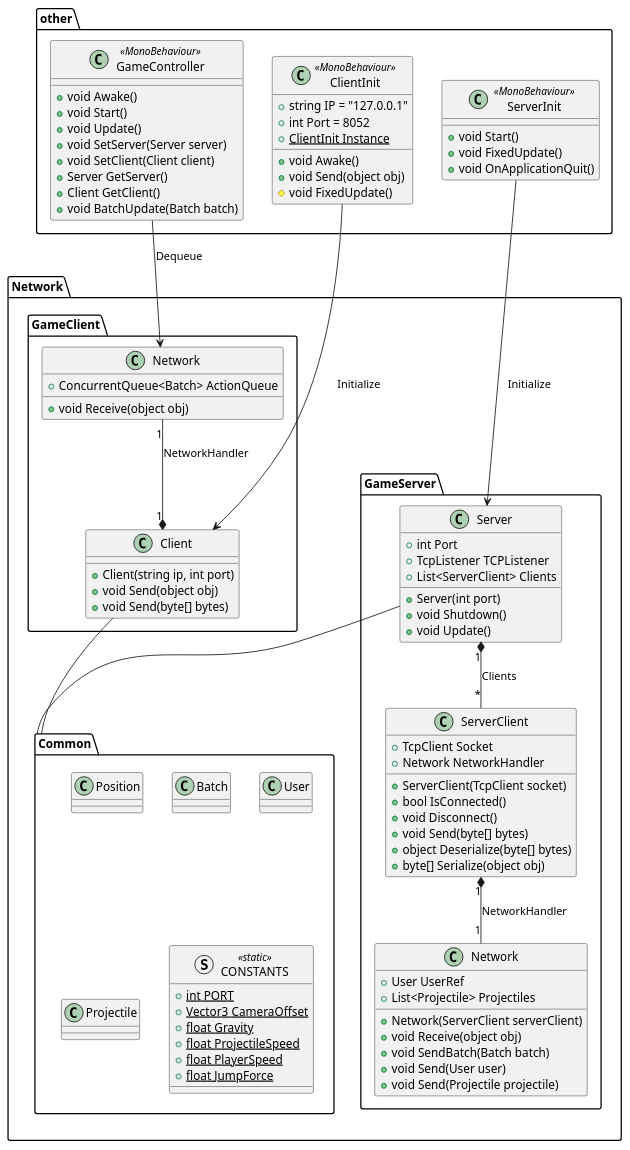
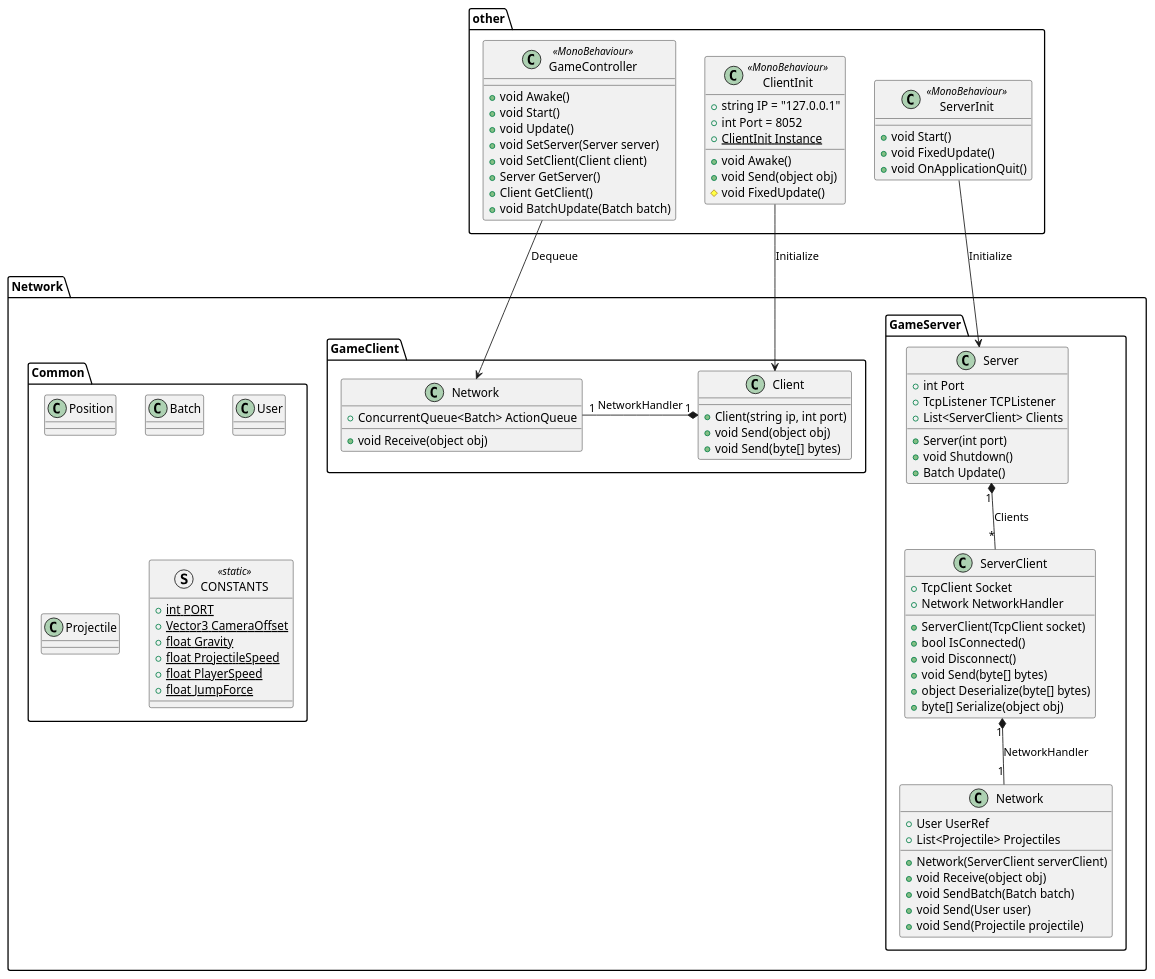
One commit to mjesper90/Network changed the diagram in Assets/Docs/Network.puml. Above: the diagram before and after it, drawn with PlantUML. The commit also changed 1 other file, not shown here.

```diff
--- a/Assets/Docs/Network.puml
+++ b/Assets/Docs/Network.puml
@@ -1,100 +1,99 @@
 @startuml
 
 set separator ::
 
 namespace Network{
     namespace GameClient{
         class Client {
             + Client(string ip, int port)
             + void Send(object obj)
             + void Send(byte[] bytes)
         }
         class Network {
             + ConcurrentQueue<Batch> ActionQueue
             + void Receive(object obj)
         }
     }
     namespace GameServer{
         class Server{
             + int Port
             + TcpListener TCPListener
             + List<ServerClient> Clients
             + Server(int port)
             + void Shutdown()
-            + void Update()
+            + Batch Update()
         }
         class ServerClient{
             + TcpClient Socket
             + Network NetworkHandler
             + ServerClient(TcpClient socket)
             + bool IsConnected()
             + void Disconnect()
             + void Send(byte[] bytes)
             + object Deserialize(byte[] bytes)
             + byte[] Serialize(object obj)
         }
         class Network{
             + User UserRef
             + List<Projectile> Projectiles
             + Network(ServerClient serverClient)
             + void Receive(object obj)
             + void SendBatch(Batch batch)
             + void Send(User user)
             + void Send(Projectile projectile)
         }
     }
     namespace Common{
         class Position{}
         class Batch{}
         class User{}
         class Projectile{}
         struct CONSTANTS <<static>> {
             + {static} int PORT
             + {static} Vector3 CameraOffset
             + {static} float Gravity
             + {static} float ProjectileSpeed
             + {static} float PlayerSpeed
             + {static} float JumpForce
         }
     }
 }
 
 
 namespace other{
     class GameController <<MonoBehaviour>>{
         + void Awake()
         + void Start()
         + void Update()
         + void SetServer(Server server)
         + void SetClient(Client client)
         + Server GetServer()
         + Client GetClient()
         + void BatchUpdate(Batch batch)
     }
     class ClientInit <<MonoBehaviour>>{
         + string IP = "127.0.0.1"
         + int Port = 8052
         + {static} ClientInit Instance
         + void Awake()
         + void Send(object obj)
         # void FixedUpdate()
     }
     class ServerInit <<MonoBehaviour>>{
         + void Start()
         + void FixedUpdate()
         + void OnApplicationQuit()
     }
 }
 
-Network::Common -up- Network::GameClient::Client
-Network::Common -up- Network::GameServer::Server
+
 Network::GameServer::Server "1" *-- "*" Network::GameServer::ServerClient : Clients
 Network::GameServer::ServerClient "1" *-- "1" Network::GameServer::Network : NetworkHandler
-Network::GameClient::Client "1" *-up- "1" Network::GameClient::Network : NetworkHandler
+Network::GameClient::Client "1" *- "1" Network::GameClient::Network : NetworkHandler
 
 other::GameController --> Network::GameClient::Network : Dequeue
 other::ClientInit --> Network::GameClient::Client : Initialize
 other::ServerInit --> Network::GameServer::Server : Initialize
 
 
 @enduml
```
